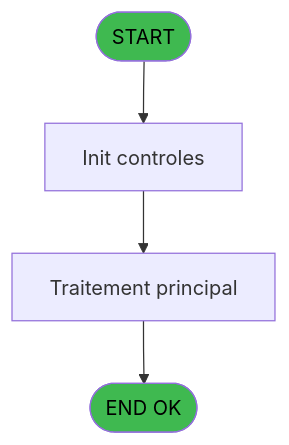
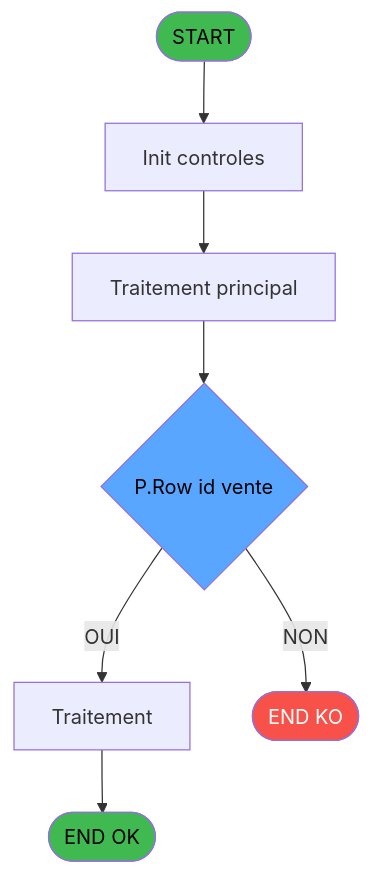
One commit to thonyAGP/lecteur-magic changed the first of 3 diagrams in .openspec/specs/ADH-IDE-99.md. Above: the diagram before and after it, drawn with Mermaid. The commit also changed other lines of this file and 493 other files, not shown here.

````diff
--- a/.openspec/specs/ADH-IDE-99.md
+++ b/.openspec/specs/ADH-IDE-99.md
@@ -53,13 +69,20 @@
 ```mermaid
 flowchart TD
     START([START])
     INIT[Init controles]
     SAISIE[Traitement principal]
+    DECISION{P.Row id vente}
+    PROCESS[Traitement]
     ENDOK([END OK])
+    ENDKO([END KO])
 
-    START --> INIT --> SAISIE
-    SAISIE --> ENDOK
+    START --> INIT --> SAISIE --> DECISION
+    DECISION -->|OUI| PROCESS
+    DECISION -->|NON| ENDKO
+    PROCESS --> ENDOK
 
     style START fill:#3fb950,color:#000
     style ENDOK fill:#3fb950,color:#000
+    style ENDKO fill:#f85149,color:#fff
+    style DECISION fill:#58a6ff,color:#000
 ```
````
